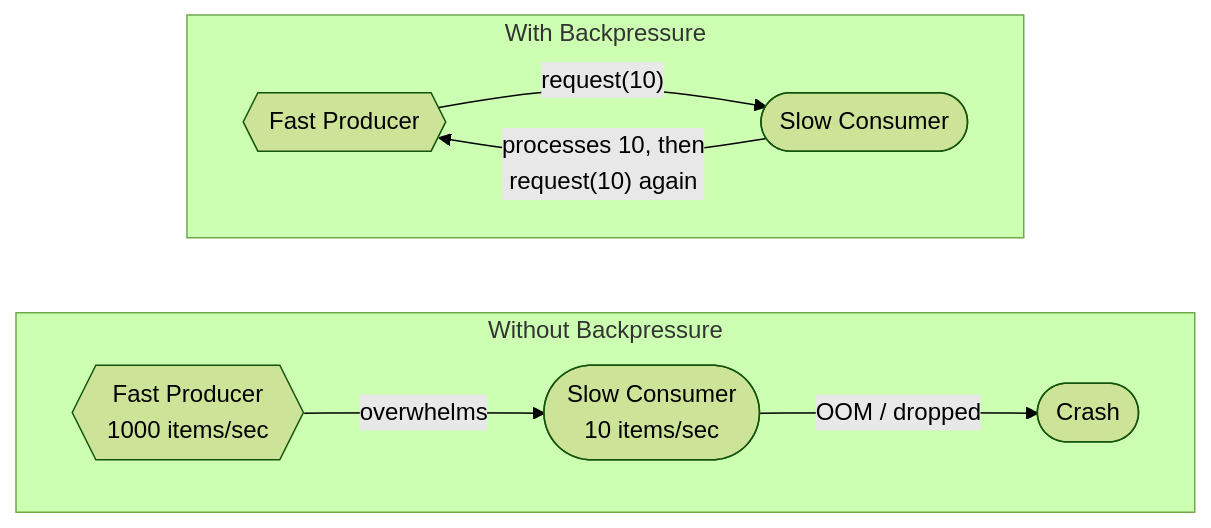
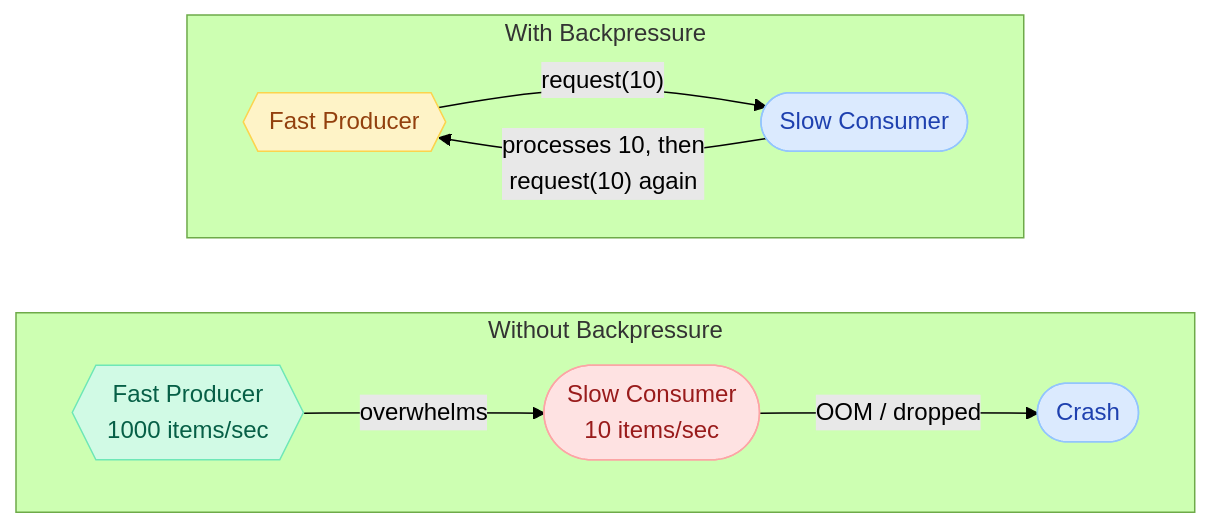
The third of 4 diagrams in docs/java/ReactiveStreams.md (saivamsikaruturi/vamsilabs-dev-notes-main), drawn with Mermaid (forest theme) before and after one commit. The commit also changed other lines of this file and 220 other files, not shown here.

First line of the commit message:
Add 50+ new Java/Spring Boot pages, rewrite CSS code blocks to Oracle style, fix all diagram colors

````diff
--- a/docs/java/ReactiveStreams.md
+++ b/docs/java/ReactiveStreams.md
@@ -167,14 +167,20 @@
 ```mermaid
 flowchart LR
     subgraph Without Backpressure
         direction LR
         FP1{{"Fast Producer<br/>1000 items/sec"}} -->|"overwhelms"| SC1(["Slow Consumer<br/>10 items/sec"])
         SC1 -->|"OOM / dropped"| CRASH(["Crash"])
     end
 
     subgraph With Backpressure
         direction LR
         FP2{{"Fast Producer"}} -->|"request(10)"| SC2(["Slow Consumer"])
         SC2 -->|"processes 10, then<br/>request(10) again"| FP2
     end
+
+    style CRASH fill:#DBEAFE,stroke:#93C5FD,color:#1E40AF
+    style FP1 fill:#D1FAE5,stroke:#6EE7B7,color:#065F46
+    style FP2 fill:#FEF3C7,stroke:#FCD34D,color:#92400E
+    style SC1 fill:#FEE2E2,stroke:#FCA5A5,color:#991B1B
+    style SC2 fill:#DBEAFE,stroke:#93C5FD,color:#1E40AF
 ```
````
